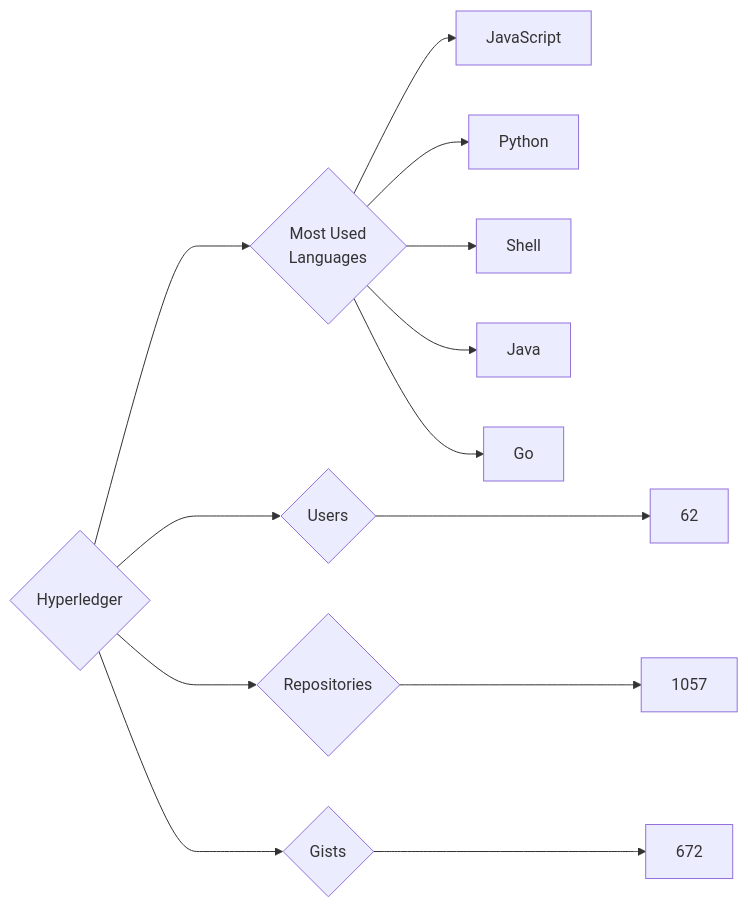
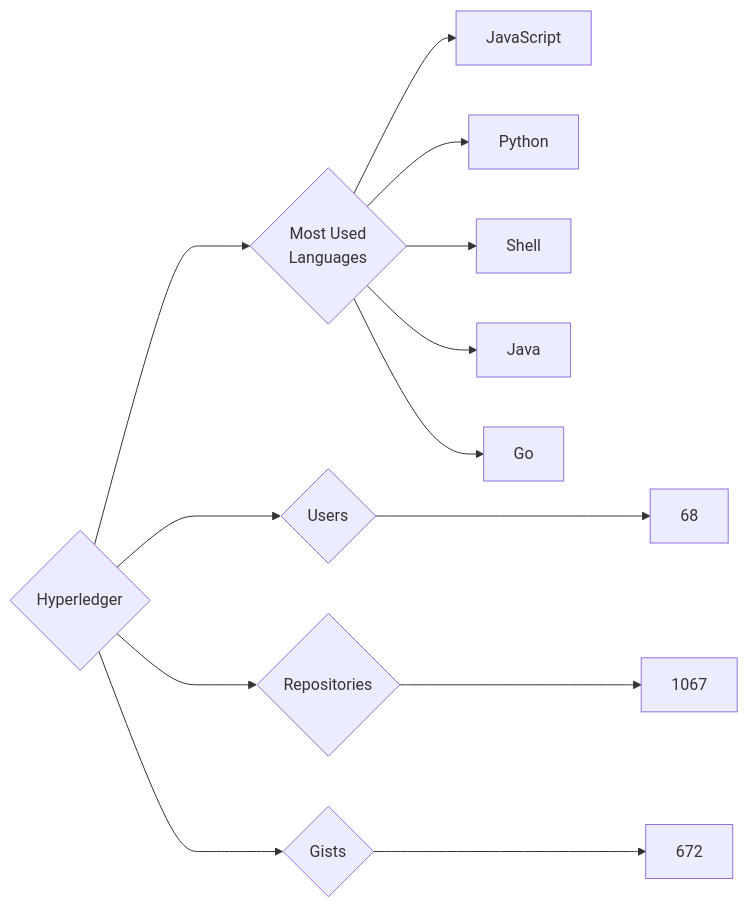
Before and after one commit to trickest/insiders: the diagram in targets/Hyperledger/README.md, drawn with Mermaid. The commit also changed 610 other files, not shown here.

````diff
--- a/targets/Hyperledger/README.md
+++ b/targets/Hyperledger/README.md
@@ -3,13 +3,13 @@
 ```mermaid
 graph LR
 COMPANY_NAME{Hyperledger}
-COMPANY_NAME ---> U{Users} ---> UN[62]
-COMPANY_NAME ---> R{Repositories} ---> RN[1057]
+COMPANY_NAME ---> U{Users} ---> UN[68]
+COMPANY_NAME ---> R{Repositories} ---> RN[1067]
 COMPANY_NAME ---> G{Gists} ---> GN[672]
 COMPANY_NAME ---> ML{Most Used<br>Languages}
 ML --> JavaScript[JavaScript]
 ML --> Python[Python]
 ML --> Shell[Shell]
 ML --> Java[Java]
 ML --> Go[Go]
 ```
````
